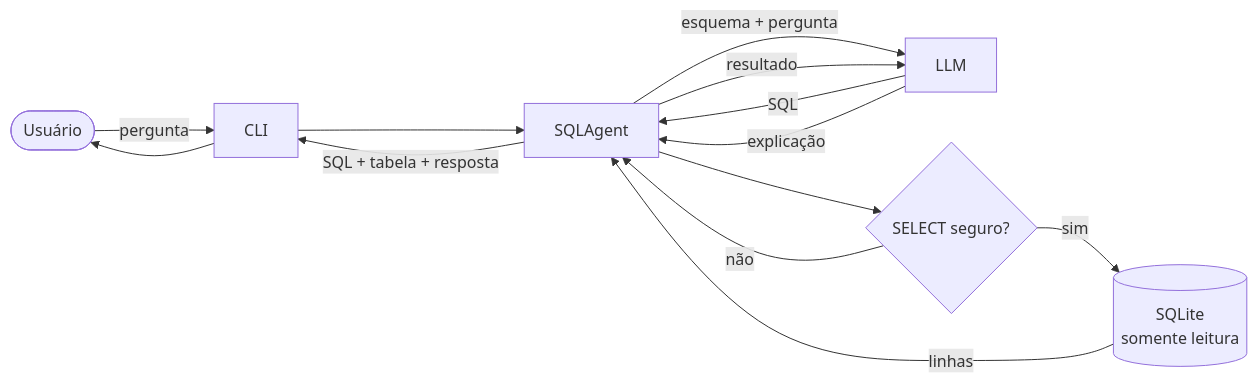
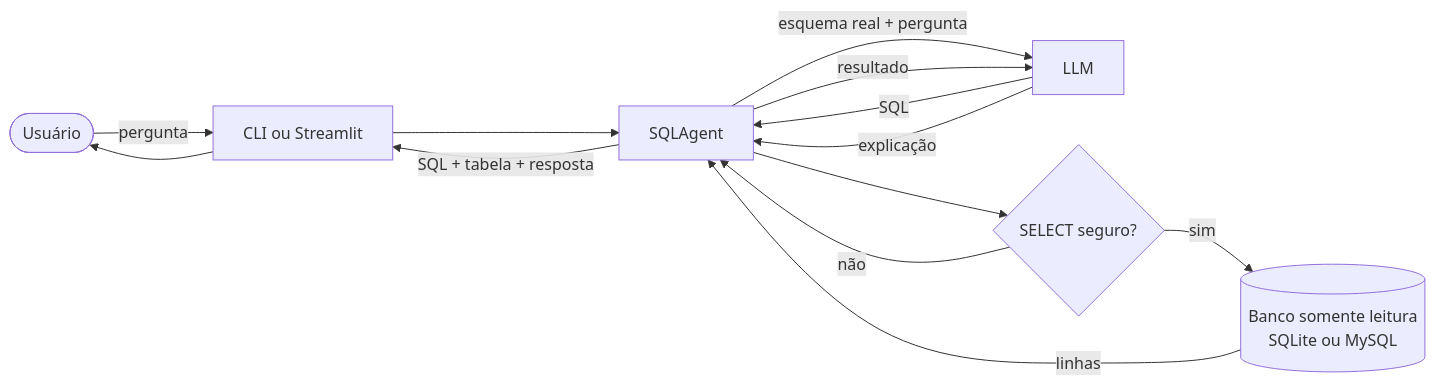
The diagram in README.md (Subaruberu/agente-sql-dio), drawn with Mermaid before and after one commit. The commit also changed other lines of this file and 22 other files, not shown here.

First line of the commit message:
feat: adiciona backend MySQL, interface Streamlit e documentacao do desafio

````diff
--- a/README.md
+++ b/README.md
@@ -55,15 +128,15 @@
 ```mermaid
 flowchart LR
-    U([Usuário]) -->|pergunta| CLI[CLI]
-    CLI --> AG[SQLAgent]
-    AG -->|esquema + pergunta| LLM[LLM]
+    U([Usuário]) -->|pergunta| UI[CLI ou Streamlit]
+    UI --> AG[SQLAgent]
+    AG -->|esquema real + pergunta| LLM[LLM]
     LLM -->|SQL| AG
     AG --> VAL{SELECT seguro?}
     VAL -- não --> AG
-    VAL -- sim --> DB[(SQLite<br/>somente leitura)]
+    VAL -- sim --> DB[(Banco somente leitura<br/>SQLite ou MySQL)]
     DB -->|linhas| AG
     AG -->|resultado| LLM
     LLM -->|explicação| AG
-    AG -->|SQL + tabela + resposta| CLI
-    CLI --> U
+    AG -->|SQL + tabela + resposta| UI
+    UI --> U
 ```
````
